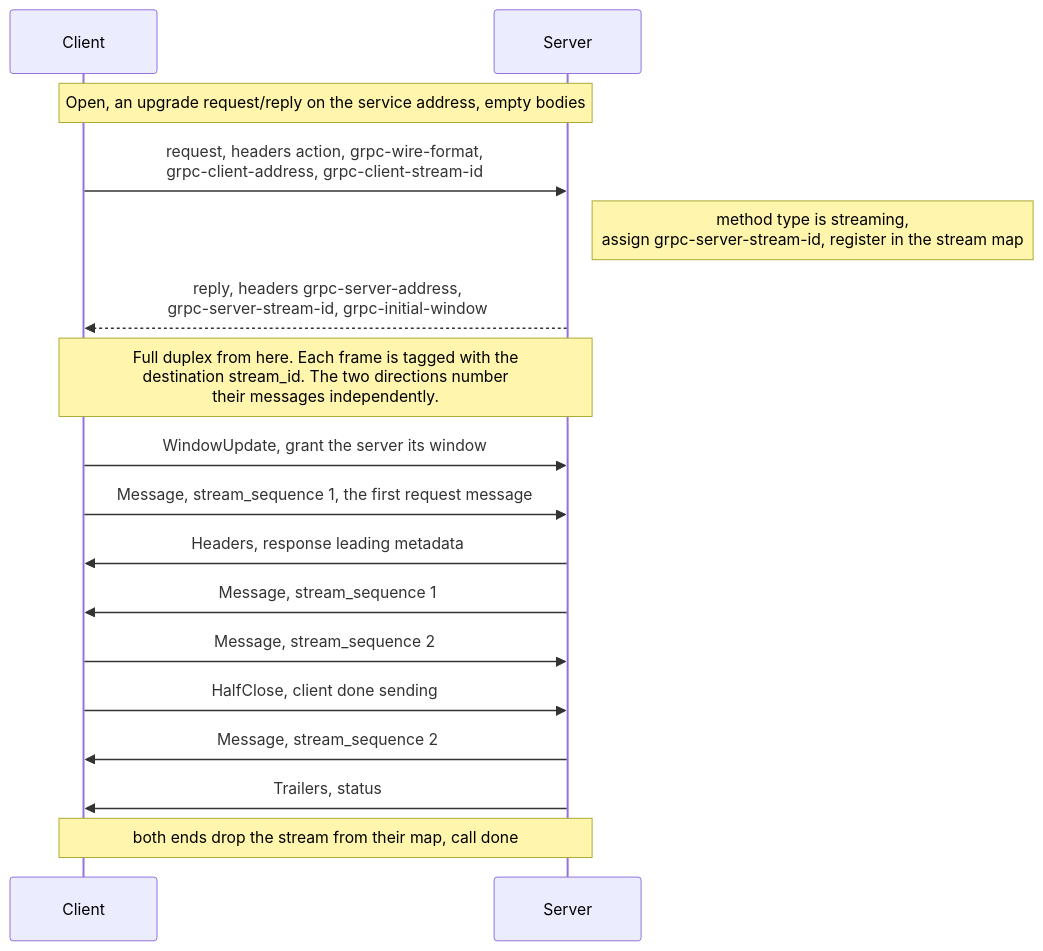
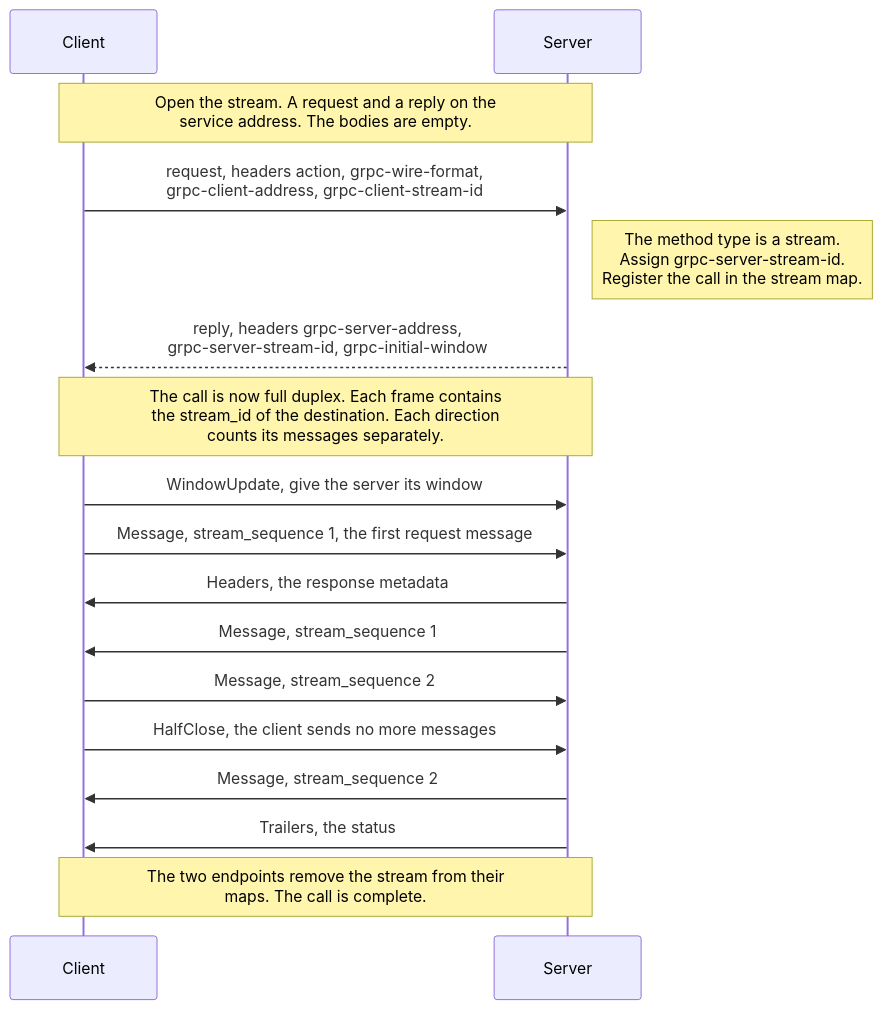
One commit to eclipse-vertx/vertx-grpc changed the diagram in vertx-grpc-eventbus/README.md. Above: the diagram before and after it, drawn with Mermaid. The commit also changed other lines of this file and 5 other files, not shown here.

````diff
--- a/vertx-grpc-eventbus/README.md
+++ b/vertx-grpc-eventbus/README.md
@@ -107,21 +152,21 @@
 ```mermaid
 sequenceDiagram
     participant C as Client
     participant S as Server
 
-    Note over C,S: Open, an upgrade request/reply on the service address, empty bodies
+    Note over C,S: Open the stream. A request and a reply on the<br/>service address. The bodies are empty.
     C->>S: request, headers action, grpc-wire-format,<br/>grpc-client-address, grpc-client-stream-id
-    Note right of S: method type is streaming,<br/>assign grpc-server-stream-id, register in the stream map
+    Note right of S: The method type is a stream.<br/>Assign grpc-server-stream-id.<br/>Register the call in the stream map.
     S-->>C: reply, headers grpc-server-address,<br/>grpc-server-stream-id, grpc-initial-window
 
-    Note over C,S: Full duplex from here. Each frame is tagged with the<br/>destination stream_id. The two directions number<br/>their messages independently.
-    C->>S: WindowUpdate, grant the server its window
+    Note over C,S: The call is now full duplex. Each frame contains<br/>the stream_id of the destination. Each direction<br/>counts its messages separately.
+    C->>S: WindowUpdate, give the server its window
     C->>S: Message, stream_sequence 1, the first request message
-    S->>C: Headers, response leading metadata
+    S->>C: Headers, the response metadata
     S->>C: Message, stream_sequence 1
     C->>S: Message, stream_sequence 2
-    C->>S: HalfClose, client done sending
+    C->>S: HalfClose, the client sends no more messages
     S->>C: Message, stream_sequence 2
-    S->>C: Trailers, status
-    Note over C,S: both ends drop the stream from their map, call done
+    S->>C: Trailers, the status
+    Note over C,S: The two endpoints remove the stream from their<br/>maps. The call is complete.
 ```
````
